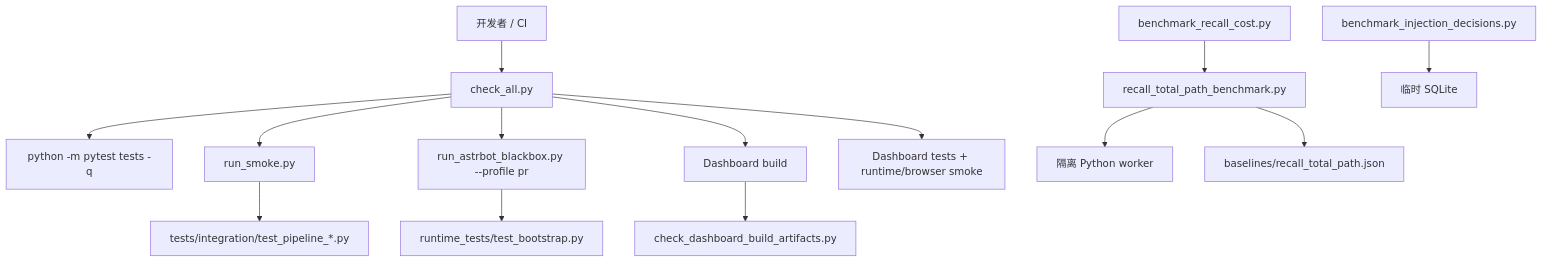
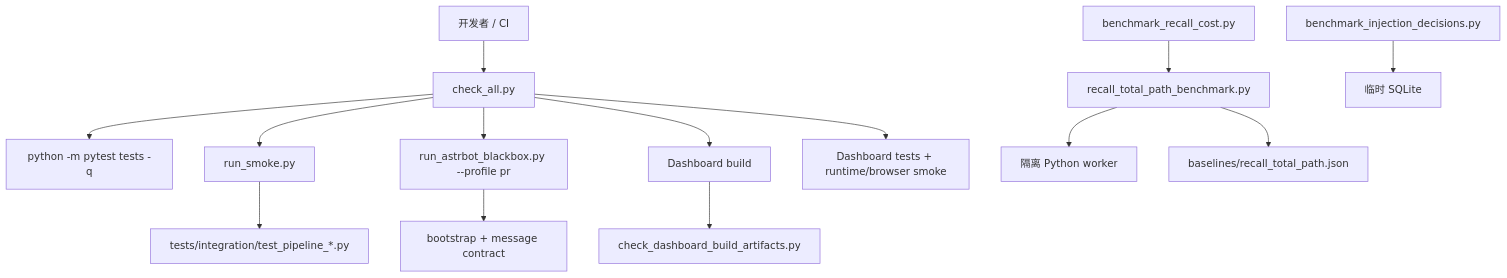
The diagram in scripts/AGENTS.md (INSide-734/astrbot_plugin_memora), drawn with Mermaid before and after one commit. The commit also changed other lines of this file and 20 other files, not shown here.

Commit message:
test: add provider-backed AstrBot blackbox contract

````diff
--- a/scripts/AGENTS.md
+++ b/scripts/AGENTS.md
@@ -31,16 +31,16 @@
 ```mermaid
 flowchart TD
     D["开发者 / CI"] --> A["check_all.py"]
     A --> P["python -m pytest tests -q"]
     A --> S["run_smoke.py"]
     S --> I["tests/integration/test_pipeline_*.py"]
     A --> X["run_astrbot_blackbox.py --profile pr"]
-    X --> RT["runtime_tests/test_bootstrap.py"]
+    X --> RT["bootstrap + message contract"]
     A --> B["Dashboard build"]
     B --> C["check_dashboard_build_artifacts.py"]
     A --> V["Dashboard tests + runtime/browser smoke"]
     R["benchmark_recall_cost.py"] --> H["recall_total_path_benchmark.py"]
     H --> W["隔离 Python worker"]
     H --> J["baselines/recall_total_path.json"]
     Q["benchmark_injection_decisions.py"] --> T["临时 SQLite"]
 ```
````
